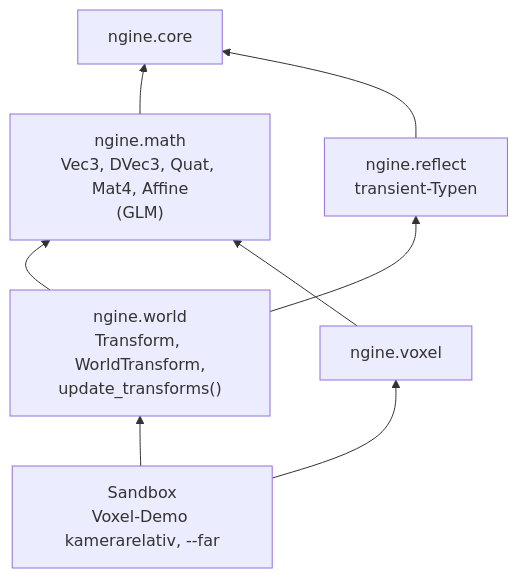
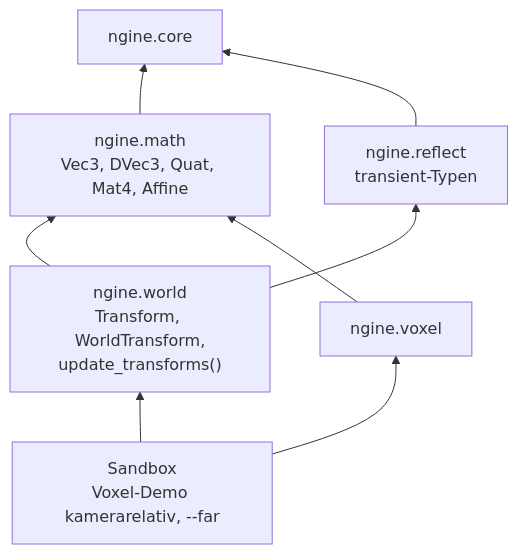
Before and after one commit to viiez/ngine: the diagram in docs/iterations/R1.1-mathematik-und-transforms.md, drawn with Mermaid. The commit also changed other lines of this file and 19 other files, not shown here.

````diff
--- a/docs/iterations/R1.1-mathematik-und-transforms.md
+++ b/docs/iterations/R1.1-mathematik-und-transforms.md
@@ -19,16 +19,16 @@
 ```mermaid
 flowchart BT
     core["ngine.core"]
-    math["ngine.math<br/>Vec3, DVec3, Quat, Mat4, Affine<br/>(GLM)"]
+    math["ngine.math<br/>Vec3, DVec3, Quat, Mat4, Affine"]
     reflect["ngine.reflect<br/>transient-Typen"]
     world["ngine.world<br/>Transform, WorldTransform,<br/>update_transforms()"]
     voxel["ngine.voxel"]
     sandbox["Sandbox<br/>Voxel-Demo kamerarelativ, --far"]
     math --> core
     reflect --> core
     world --> math
     world --> reflect
     voxel --> math
     sandbox --> world
     sandbox --> voxel
 ```
````
